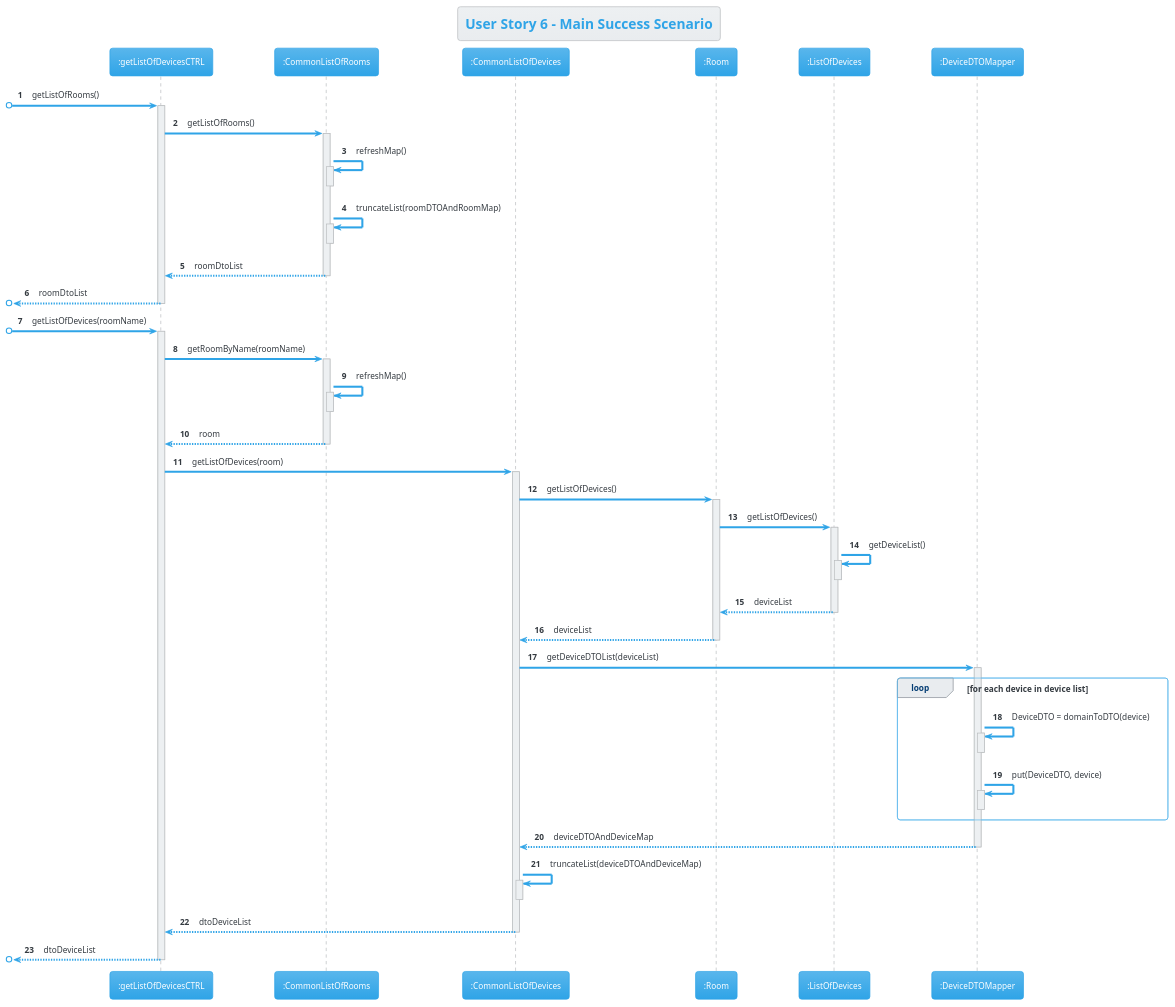
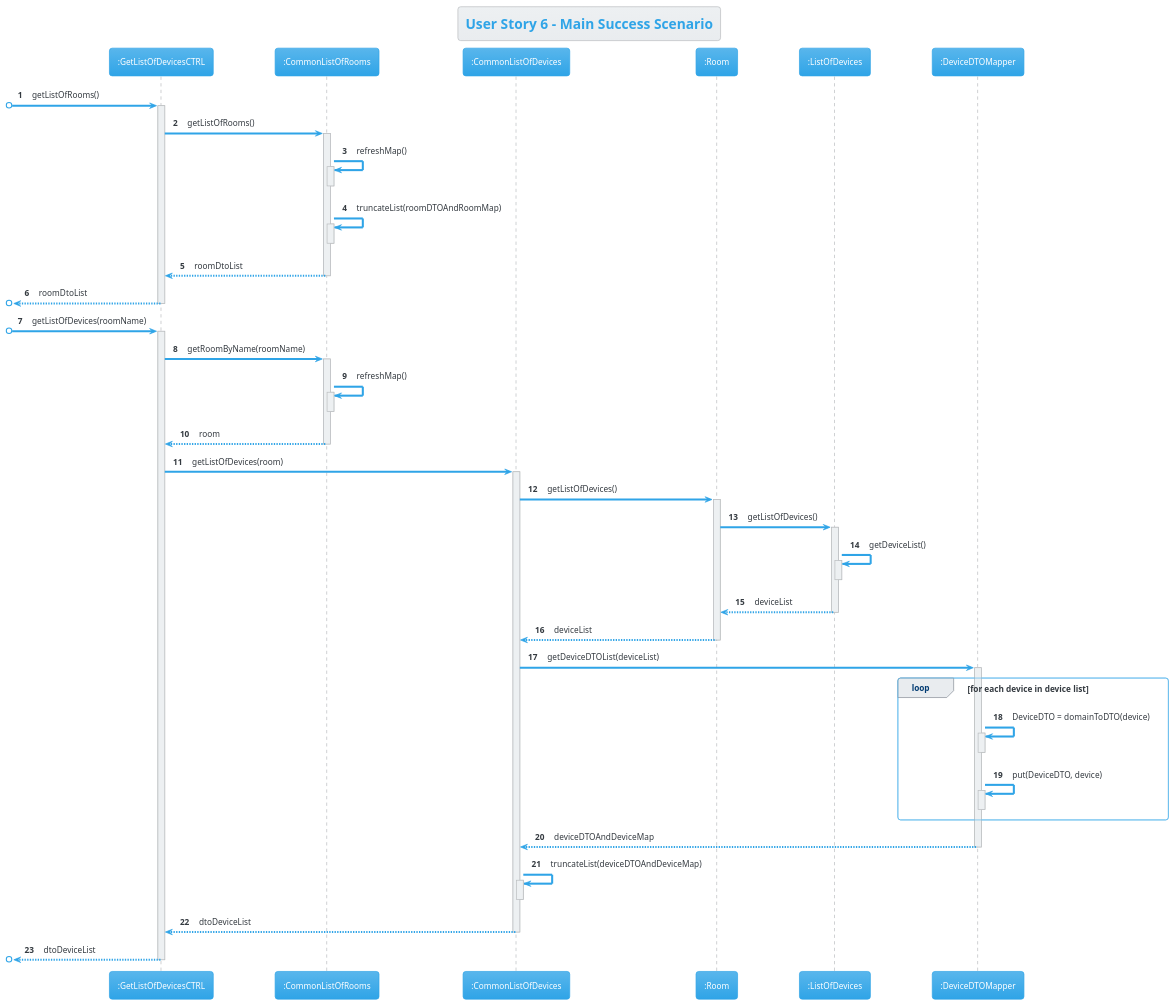
One commit to AfonsoNeves77/smartHouse changed the diagram in Docs/US06/S3US06SequenceDiagram.puml. Above: the diagram before and after it, drawn with PlantUML. The commit also changed 6 other files, not shown here.

Commit message:
Team Review: Corrected all sequence diagrams according with technical sprint review feedback.

```diff
--- a/Docs/US06/S3US06SequenceDiagram.puml
+++ b/Docs/US06/S3US06SequenceDiagram.puml
@@ -1,74 +1,74 @@
  @startuml
 title User Story 6 - Main Success Scenario
 !theme cerulean
 autonumber
 
-participant ":getListOfDevicesCTRL" as C
+participant ":GetListOfDevicesCTRL" as C
 participant ":CommonListOfRooms" as CU
 participant ":CommonListOfDevices" as CD
 participant ":Room" as R
 participant ":ListOfDevices" as LD
 participant ":DeviceDTOMapper" as DM
 
 
 
 [o-> C : getListOfRooms()
 activate C
 C -> CU : getListOfRooms()
 activate CU
 CU -> CU : refreshMap()
 activate CU
 deactivate CU
 
 CU -> CU : truncateList(roomDTOAndRoomMap)
 activate CU
 deactivate CU
 CU --> C : roomDtoList
 deactivate CU
 [o<-- C : roomDtoList
 deactivate C
 
 [o-> C : getListOfDevices(roomName)
 activate C
 C -> CU: getRoomByName(roomName)
 activate CU
 CU -> CU : refreshMap()
 activate CU
 deactivate CU
 CU --> C : room
 deactivate CU
 C -> CD : getListOfDevices(room)
 activate CD
 
 CD -> R : getListOfDevices()
 activate R
 R -> LD : getListOfDevices()
 activate LD
 LD -> LD : getDeviceList()
 activate LD
 deactivate LD
 LD --> R : deviceList
 deactivate LD
 R --> CD : deviceList
 deactivate R
 CD -> DM : getDeviceDTOList(deviceList)
 activate DM
 loop for each device in device list
 DM -> DM : DeviceDTO = domainToDTO(device)
 activate DM
 deactivate DM
 DM -> DM : put(DeviceDTO, device)
 activate DM
 deactivate DM
 end loop
 DM --> CD : deviceDTOAndDeviceMap
 deactivate DM
 CD -> CD : truncateList(deviceDTOAndDeviceMap)
 activate CD
 deactivate CD
 CD --> C : dtoDeviceList
 deactivate CD
 [o<-- C : dtoDeviceList
 deactivate C
 
 @enduml
```
